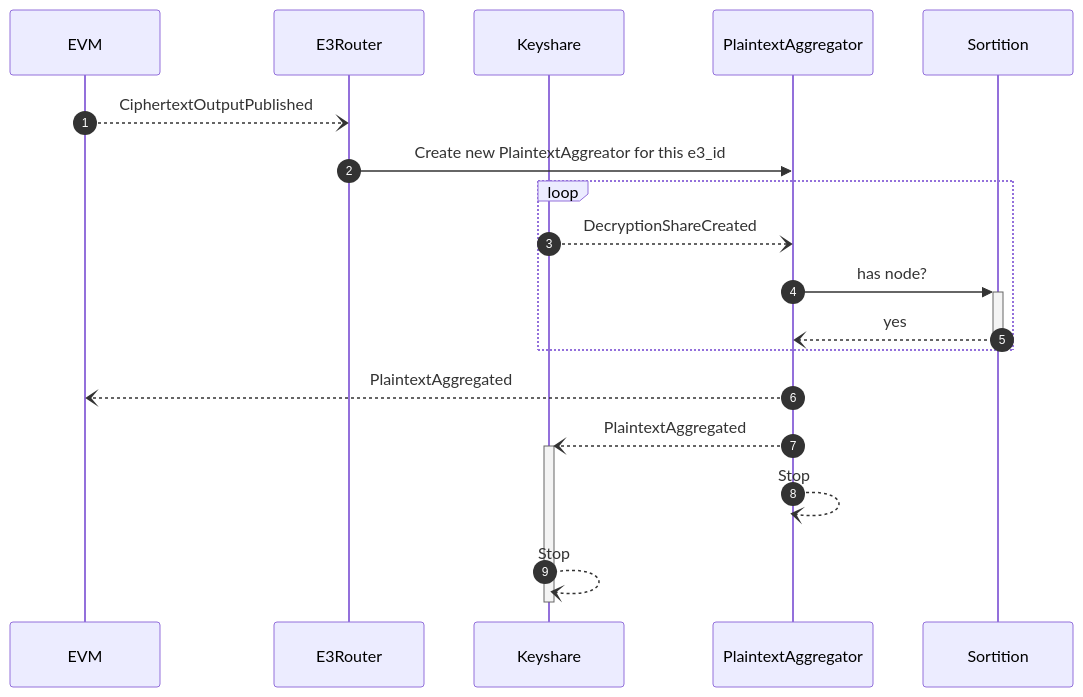
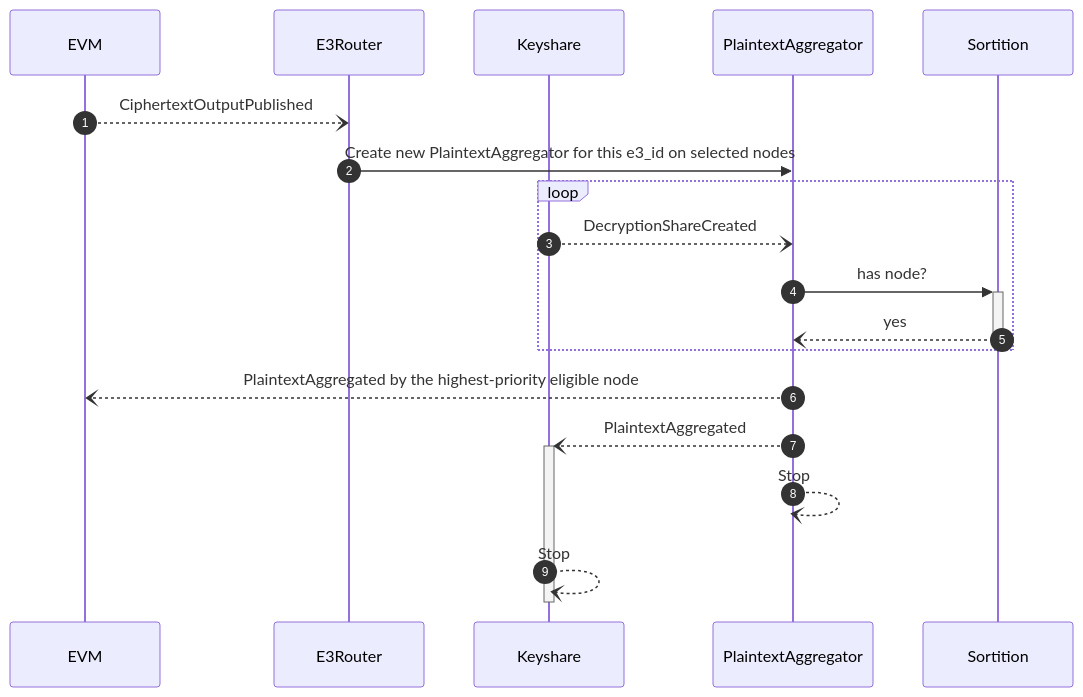
Before and after one commit to gnosisguild/enclave: the second of 2 diagrams in crates/README.md, drawn with Mermaid. The commit also changed other lines of this file and 62 other files, not shown here.

Commit message:
feat: make the aggregator node part of the e3 committee

````diff
--- a/crates/README.md
+++ b/crates/README.md
@@ -65,21 +65,21 @@
 ```mermaid
 sequenceDiagram
     autonumber
     participant EVM as EVM
     participant E3 as E3Router
     participant KS as Keyshare
     participant PTA as PlaintextAggregator
     participant S as Sortition
 
     EVM--)E3: CiphertextOutputPublished
-    E3->>PTA: Create new PlaintextAggreator for this e3_id
+    E3->>PTA: Create new PlaintextAggregator for this e3_id on selected nodes
     loop
         KS--)PTA: DecryptionShareCreated
         PTA->>+S: has node?
         S--)-PTA: yes
     end
-    PTA--)EVM: PlaintextAggregated
+    PTA--)EVM: PlaintextAggregated by the highest-priority eligible node
     PTA--)+KS: PlaintextAggregated
     PTA--)PTA: Stop
     KS--)-KS: Stop
 ```
````
